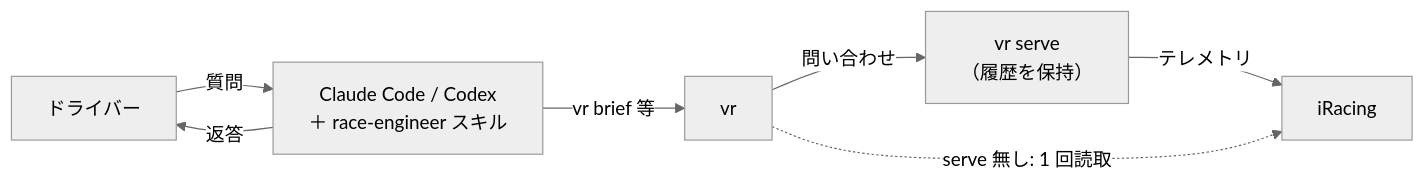
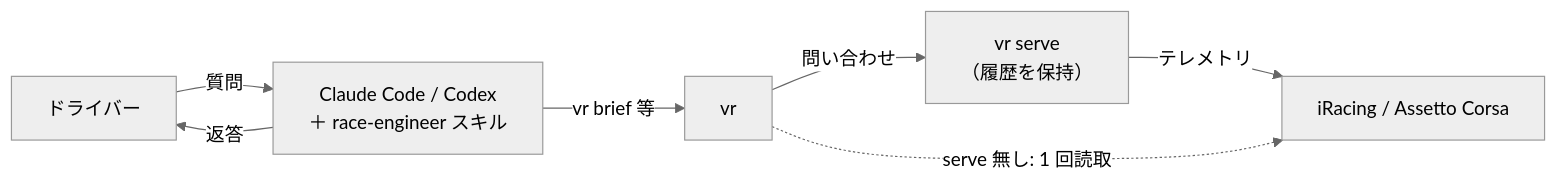
Before and after one commit to r4ai/vibe-racing: the diagram in README.md, drawn with Mermaid (neutral theme). The commit also changed other lines of this file and 35 other files, not shown here.

First line of the commit message:
feat: Assetto Corsa support from its shared memory, UDP and results (#4)

````diff
--- a/README.md
+++ b/README.md
@@ -21,15 +21,15 @@
 ```mermaid
 flowchart LR
     Driver["ドライバー"]
     Agent["Claude Code / Codex<br/>＋ race-engineer スキル"]
     Vr["vr"]
     Serve["vr serve<br/>（履歴を保持）"]
-    Game["iRacing"]
+    Game["iRacing / Assetto Corsa"]
 
     Driver -->|質問| Agent
     Agent -->|返答| Driver
     Agent -->|vr brief 等| Vr
     Vr -->|問い合わせ| Serve
     Serve -->|テレメトリ| Game
     Vr -.->|serve 無し: 1 回読取| Game
 ```
````
